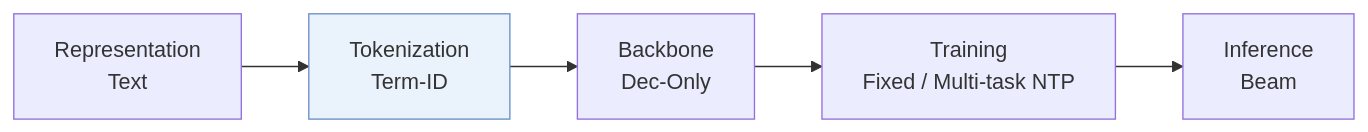
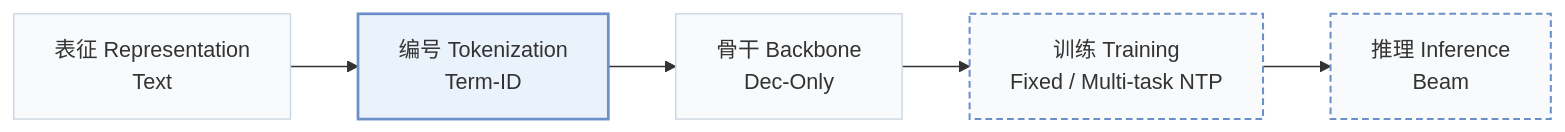
One commit to Galaxy-ghost/Awesome-SID-Generative-Rec changed the first of 3 diagrams in pages/zh/papers/grlm.md. Above: the diagram before and after it, drawn with Mermaid. The commit also changed other lines of this file and 649 other files, not shown here.

Commit message:
writer-05: also tags and modality index (schema, check, build, visuals); summary field removed; calibration data for 12 papers

````diff
--- a/pages/zh/papers/grlm.md
+++ b/pages/zh/papers/grlm.md
@@ -13,6 +15,10 @@
 ```mermaid
 flowchart LR
-    R["Representation<br/>Text"] --> T["Tokenization<br/>Term-ID"] --> B["Backbone<br/>Dec-Only"] --> TR["Training<br/>Fixed / Multi-task NTP"] --> I["Inference<br/>Beam"]
-    classDef main fill:#eaf2fb,stroke:#6b8fc7
+    R["表征 Representation<br/>Text"] --> T["编号 Tokenization<br/>Term-ID"] --> B["骨干 Backbone<br/>Dec-Only"] --> TR["训练 Training<br/>Fixed / Multi-task NTP"] --> I["推理 Inference<br/>Beam"]
+    classDef base fill:#f8fafc,stroke:#cbd5e1
+    class R,T,B,TR,I base
+    classDef also fill:#f8fafc,stroke:#6b8fc7,stroke-width:1.5px,stroke-dasharray:5 3
+    class TR,I also
+    classDef main fill:#eaf2fb,stroke:#6b8fc7,stroke-width:2px
     class T main
 ```
````
